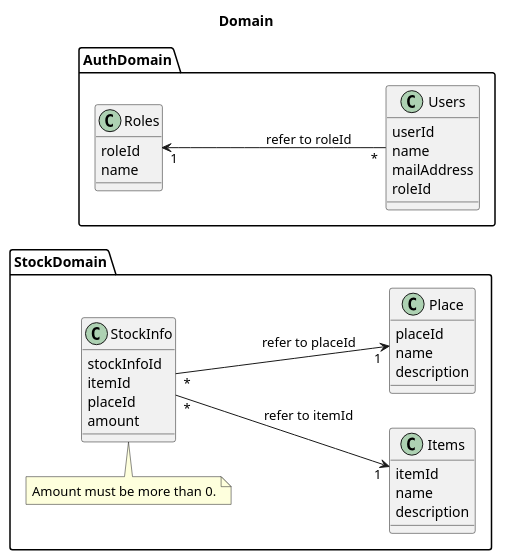
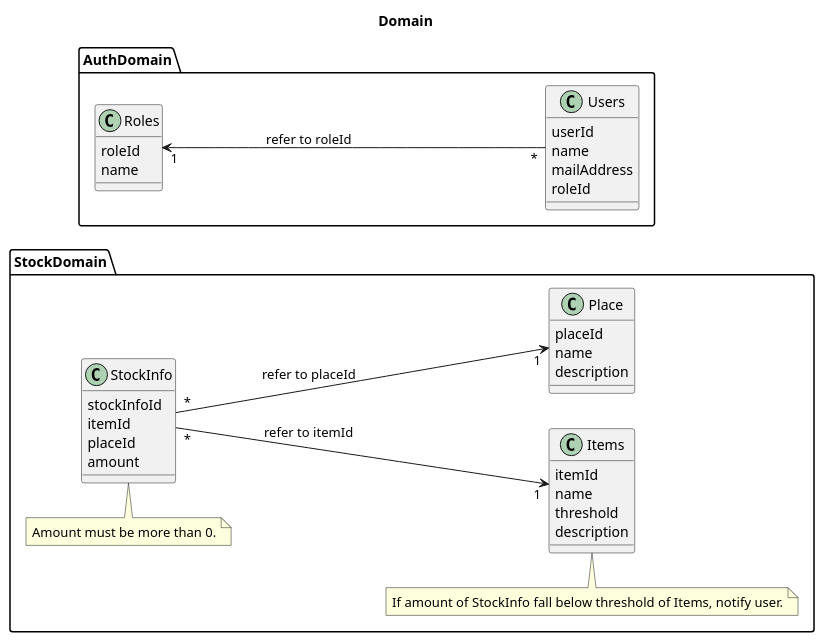
The diagram in HomeStockManagement/DomainModel.pu (shu3-lab/design), drawn with PlantUML before and after one commit. The commit also changed 4 other files, not shown here.

```diff
--- a/HomeStockManagement/DomainModel.pu
+++ b/HomeStockManagement/DomainModel.pu
@@ -1,42 +1,46 @@
 @startuml
 title Domain
 left to right direction
 
 package AuthDomain { 
     class Users {
         userId
         name
         mailAddress
         roleId
     }
     class Roles {
         roleId
         name
     }
     Roles "1"<--"*" Users :refer to roleId
 }
 package StockDomain {
     class Items {
         itemId
         name
+        threshold
         description
     }
     class Place {
         placeId
         name
         description
     }
     class StockInfo {
         stockInfoId
         itemId
         placeId
         amount
     }
     StockInfo "*"-->"1" Items :refer to itemId
     StockInfo "*"-->"1" Place :refer to placeId
 
     note top of StockInfo
         Amount must be more than 0.
     end note 
+    note top of Items
+        If amount of StockInfo fall below threshold of Items, notify user.
+    end note
 }
 @enduml
```
